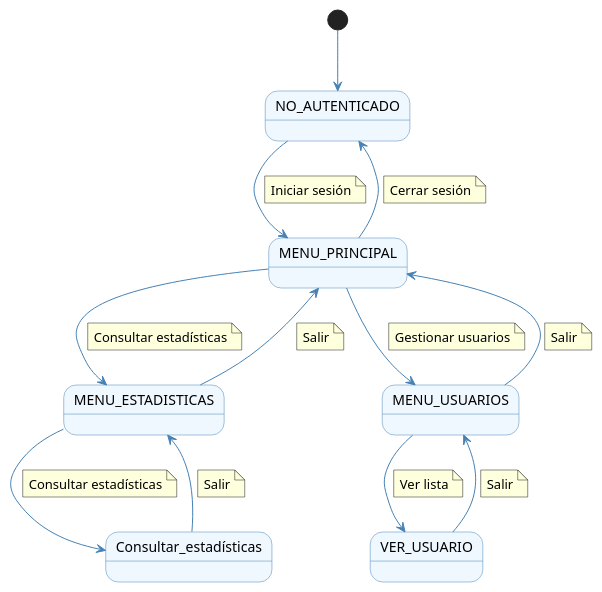
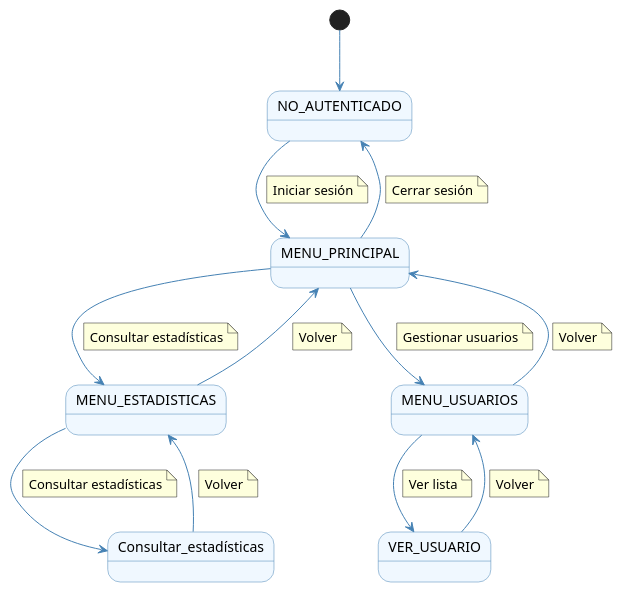
The diagram in casos_de_uso/diagramas_de_contexto/diagrama_contexto_seleccionador.puml (Dievex/24-25-IdSw1-SDR), drawn with PlantUML before and after one commit. The commit also changed 13 other files, not shown here.

Commit message:
fix(context-diagrams): replace "Salir" with "Volver" in all context diagrams

```diff
--- a/casos_de_uso/diagramas_de_contexto/diagrama_contexto_seleccionador.puml
+++ b/casos_de_uso/diagramas_de_contexto/diagrama_contexto_seleccionador.puml
@@ -1,72 +1,72 @@
 @startuml diagrama_contexto_seleccionador
 
 skinparam {
     StateFontSize 14
     StateFontColor black
     StateBackgroundColor #f0f8ff
     StateBorderColor #4682b4
     ArrowColor #4682b4
     ArrowFontColor #191970
     ArrowFontSize 12
 }
 
 state "NO_AUTENTICADO" as NoAuth
 state "MENU_PRINCIPAL" as Menu
 state "MENU_ESTADISTICAS" as Menu_estadisticas
 state "MENU_USUARIOS" as Menu_usuarios
 state "VER_USUARIO" as Ver_usuario
 
 [*] --> NoAuth
 
 NoAuth --> Menu
     note on link
         Iniciar sesión
     end note
 
 Menu --> NoAuth
     note on link
         Cerrar sesión
     end note
 
 Menu --> Menu_usuarios
     note on link
         Gestionar usuarios
     end note
 
 Menu_usuarios --> Menu
     note on link
-        Salir
+        Volver
     end note
 
 Menu_usuarios --> Ver_usuario
     note on link
         Ver lista
     end note
 
 Ver_usuario --> Menu_usuarios
     note on link
-        Salir
+        Volver
     end note
 
 Menu --> Menu_estadisticas
     note on link
         Consultar estadísticas
     end note
 
 Menu_estadisticas --> Menu
     note on link
-        Salir
+        Volver
     end note
 
 Menu_estadisticas --> Consultar_estadísticas
     note on link
         Consultar estadísticas
     end note
 
 Consultar_estadísticas --> Menu_estadisticas
     note on link
-        Salir
+        Volver
     end note
 
 
 @enduml
```
